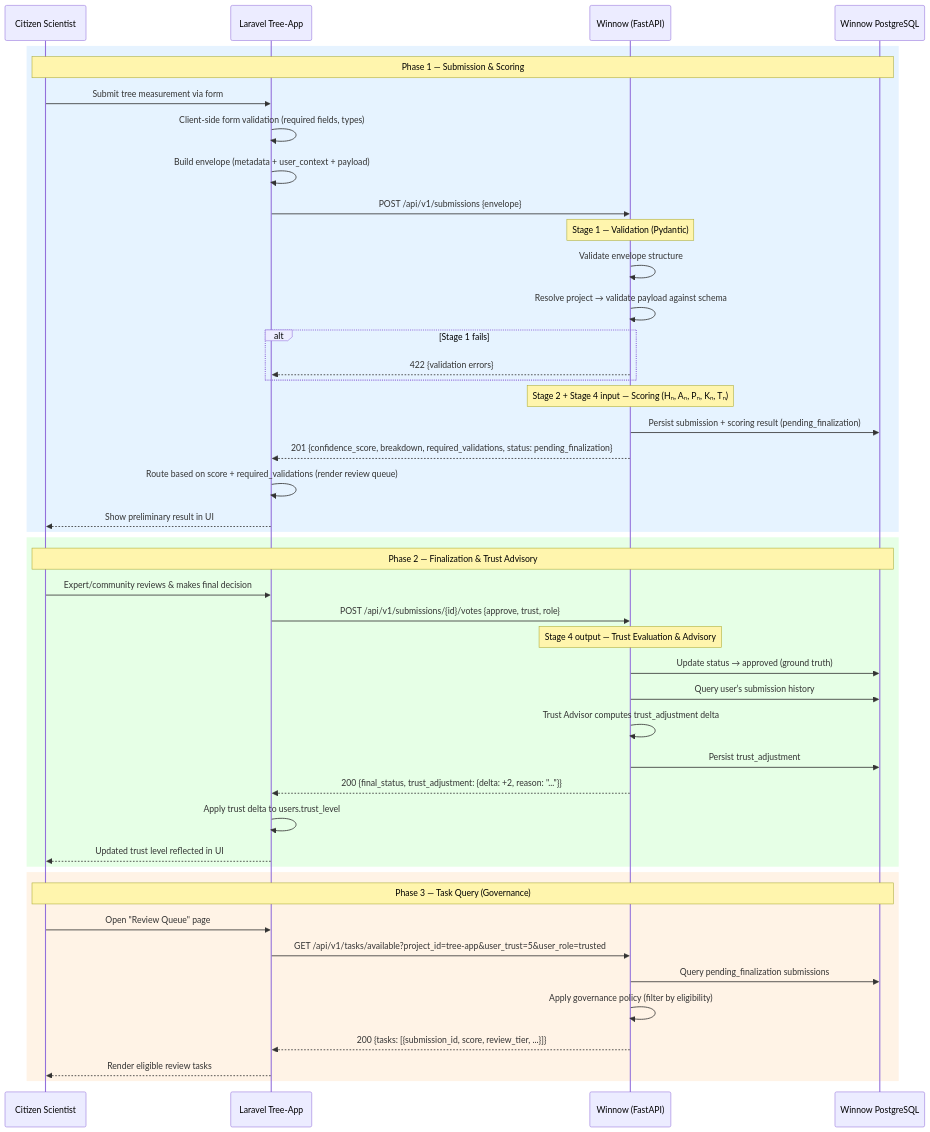
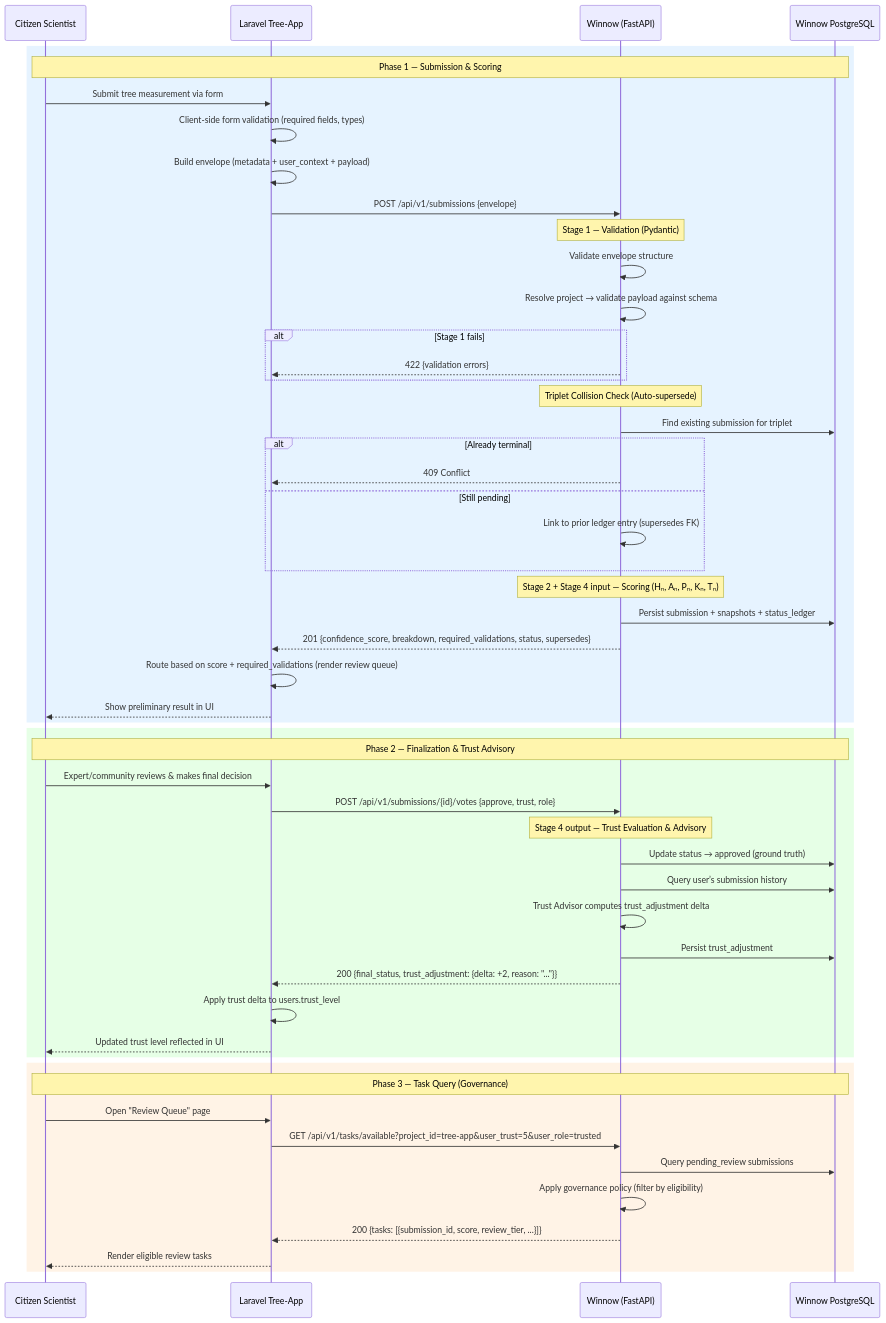
The third of 5 diagrams in docs/architecture/03_api_contracts.md (leyyce/winnow), drawn with Mermaid before and after one commit. The commit also changed other lines of this file and 5 other files, not shown here.

````diff
--- a/docs/architecture/03_api_contracts.md
+++ b/docs/architecture/03_api_contracts.md
@@ -464,53 +403,61 @@
 ```mermaid
 sequenceDiagram
     participant User as Citizen Scientist
     participant Laravel as Laravel Tree-App
     participant Winnow as Winnow (FastAPI)
     participant WinnowDB as Winnow PostgreSQL
 
     rect rgb(230, 243, 255)
     Note over User,WinnowDB: Phase 1 — Submission & Scoring
     User->>Laravel: Submit tree measurement via form
     Laravel->>Laravel: Client-side form validation (required fields, types)
     Laravel->>Laravel: Build envelope (metadata + user_context + payload)
     Laravel->>Winnow: POST /api/v1/submissions {envelope}
 
     Note over Winnow: Stage 1 — Validation (Pydantic)
     Winnow->>Winnow: Validate envelope structure
     Winnow->>Winnow: Resolve project → validate payload against schema
     alt Stage 1 fails
         Winnow-->>Laravel: 422 {validation errors}
     end
 
+    Note over Winnow: Triplet Collision Check (Auto-supersede)
+    Winnow->>WinnowDB: Find existing submission for triplet
+    alt Already terminal
+        Winnow-->>Laravel: 409 Conflict
+    else Still pending
+        Winnow->>Winnow: Link to prior ledger entry (supersedes FK)
+    end
+
     Note over Winnow: Stage 2 + Stage 4 input — Scoring (Hₙ, Aₙ, Pₙ, Kₙ, Tₙ)
-    Winnow->>WinnowDB: Persist submission + scoring result (pending_finalization)
-    Winnow-->>Laravel: 201 {confidence_score, breakdown, required_validations, status: pending_finalization}
+    Winnow->>WinnowDB: Persist submission + snapshots + status_ledger
+    Winnow-->>Laravel: 201 {confidence_score, breakdown, required_validations, status, supersedes}
     Laravel->>Laravel: Route based on score + required_validations (render review queue)
     Laravel-->>User: Show preliminary result in UI
     end
 
     rect rgb(230, 255, 230)
     Note over User,WinnowDB: Phase 2 — Finalization & Trust Advisory
     User->>Laravel: Expert/community reviews & makes final decision
     Laravel->>Winnow: POST /api/v1/submissions/{id}/votes {approve, trust, role}
 
     Note over Winnow: Stage 4 output — Trust Evaluation & Advisory
     Winnow->>WinnowDB: Update status → approved (ground truth)
     Winnow->>WinnowDB: Query user’s submission history
     Winnow->>Winnow: Trust Advisor computes trust_adjustment delta
     Winnow->>WinnowDB: Persist trust_adjustment
     Winnow-->>Laravel: 200 {final_status, trust_adjustment: {delta: +2, reason: "..."}}
     Laravel->>Laravel: Apply trust delta to users.trust_level
     Laravel-->>User: Updated trust level reflected in UI
     end
 
     rect rgb(255, 243, 230)
     Note over User,WinnowDB: Phase 3 — Task Query (Governance)
     User->>Laravel: Open "Review Queue" page
     Laravel->>Winnow: GET /api/v1/tasks/available?project_id=tree-app&user_trust=5&user_role=trusted
-    Winnow->>WinnowDB: Query pending_finalization submissions
+    Winnow->>WinnowDB: Query pending_review submissions
     Winnow->>Winnow: Apply governance policy (filter by eligibility)
     Winnow-->>Laravel: 200 {tasks: [{submission_id, score, review_tier, ...}]}
     Laravel-->>User: Render eligible review tasks
     end
 ```
````
